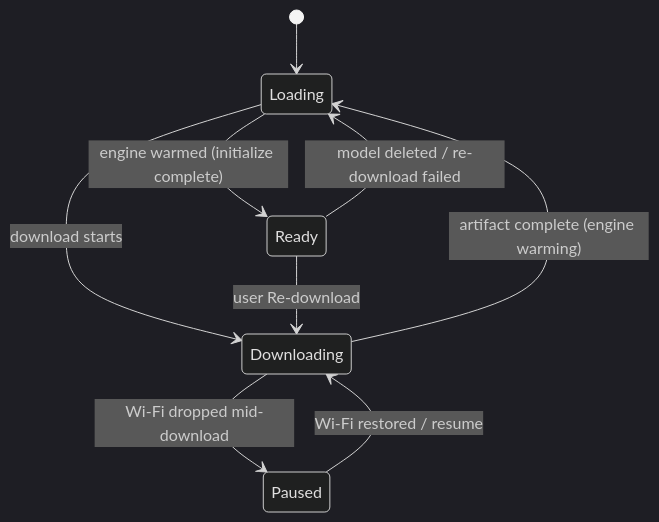
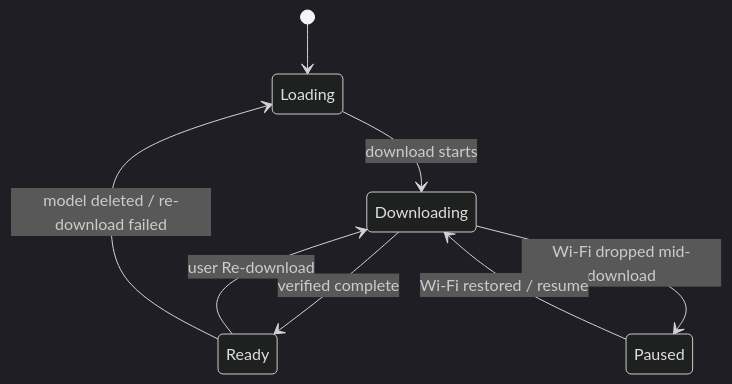
One commit to anchildress1/vestige changed the third of 6 diagrams in docs/diagrams/state-diagrams.md. Above: the diagram before and after it, drawn with Mermaid (dark theme). The commit also changed other lines of this file and 2 other files, not shown here.

First line of the commit message:
docs: strip branch-only ADR addenda; state diagram back to artifact-presence

````diff
--- a/docs/diagrams/state-diagrams.md
+++ b/docs/diagrams/state-diagrams.md
@@ -73,14 +73,13 @@
 ```mermaid
 stateDiagram-v2
     accTitle: ModelReadiness runtime state machine
-    accDescr: Four runtime states. Loading transitions to Downloading when a download starts. A completed download returns to Loading (engine warming), not straight to Ready. Loading reaches Ready only when the engine finishes initialize. Downloading goes to Paused if Wi-Fi drops mid-download. Paused resumes to Downloading. Ready returns to Loading if the artifact is deleted or a re-download fails.
+    accDescr: Four runtime states. Loading transitions to Downloading when a download starts. Downloading goes to Ready when the artifact is verified complete, or Paused if Wi-Fi drops mid-download. Paused resumes to Downloading. Ready returns to Loading if the artifact is deleted or a re-download fails.
 
     [*] --> Loading
     Loading --> Downloading: download starts
-    Loading --> Ready: engine warmed (initialize complete)
-    Downloading --> Loading: artifact complete (engine warming)
+    Downloading --> Ready: verified complete
     Downloading --> Paused: Wi-Fi dropped mid-download
     Paused --> Downloading: Wi-Fi restored / resume
     Ready --> Downloading: user Re-download
     Ready --> Loading: model deleted / re-download failed
 ```
````
